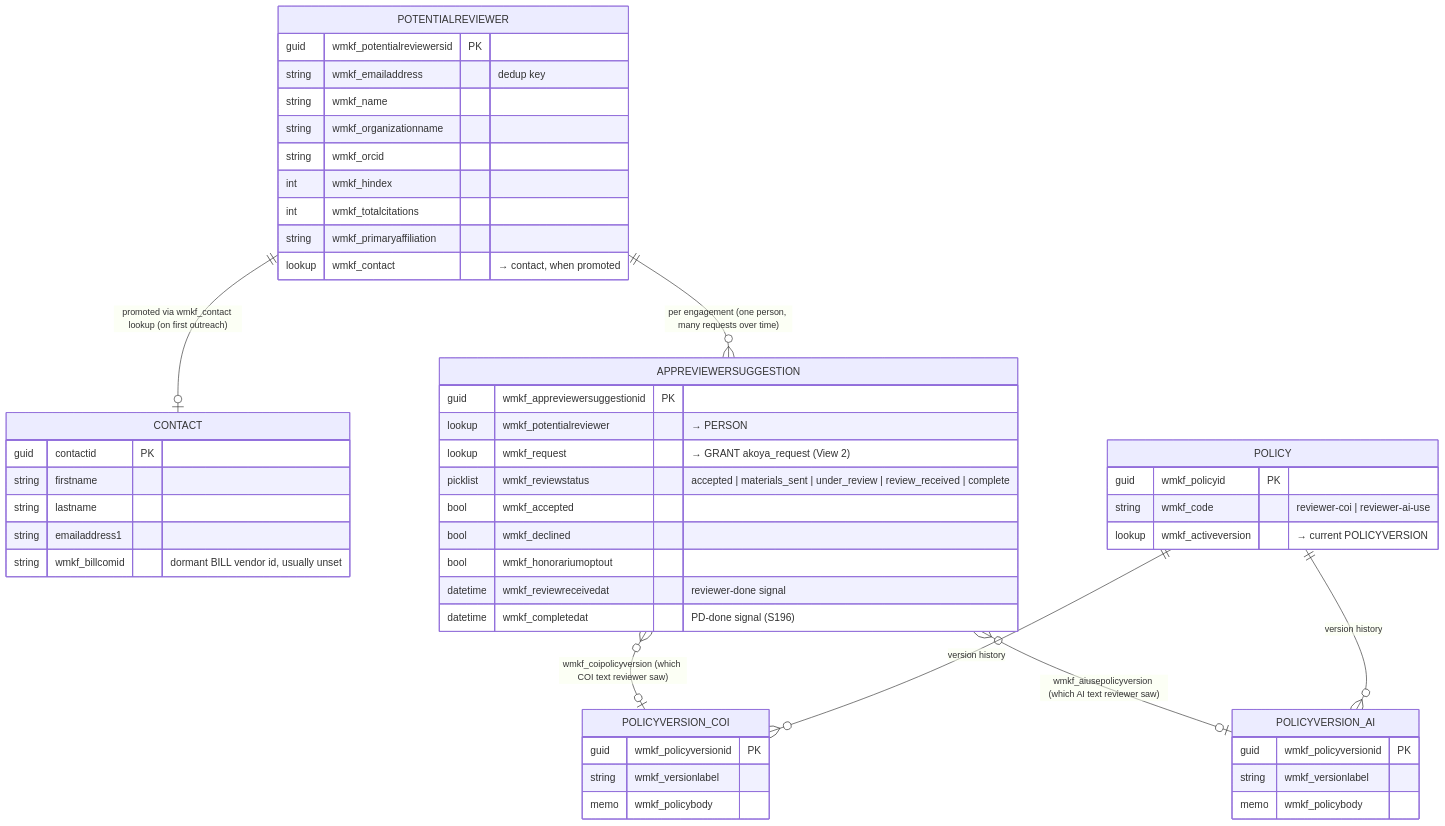
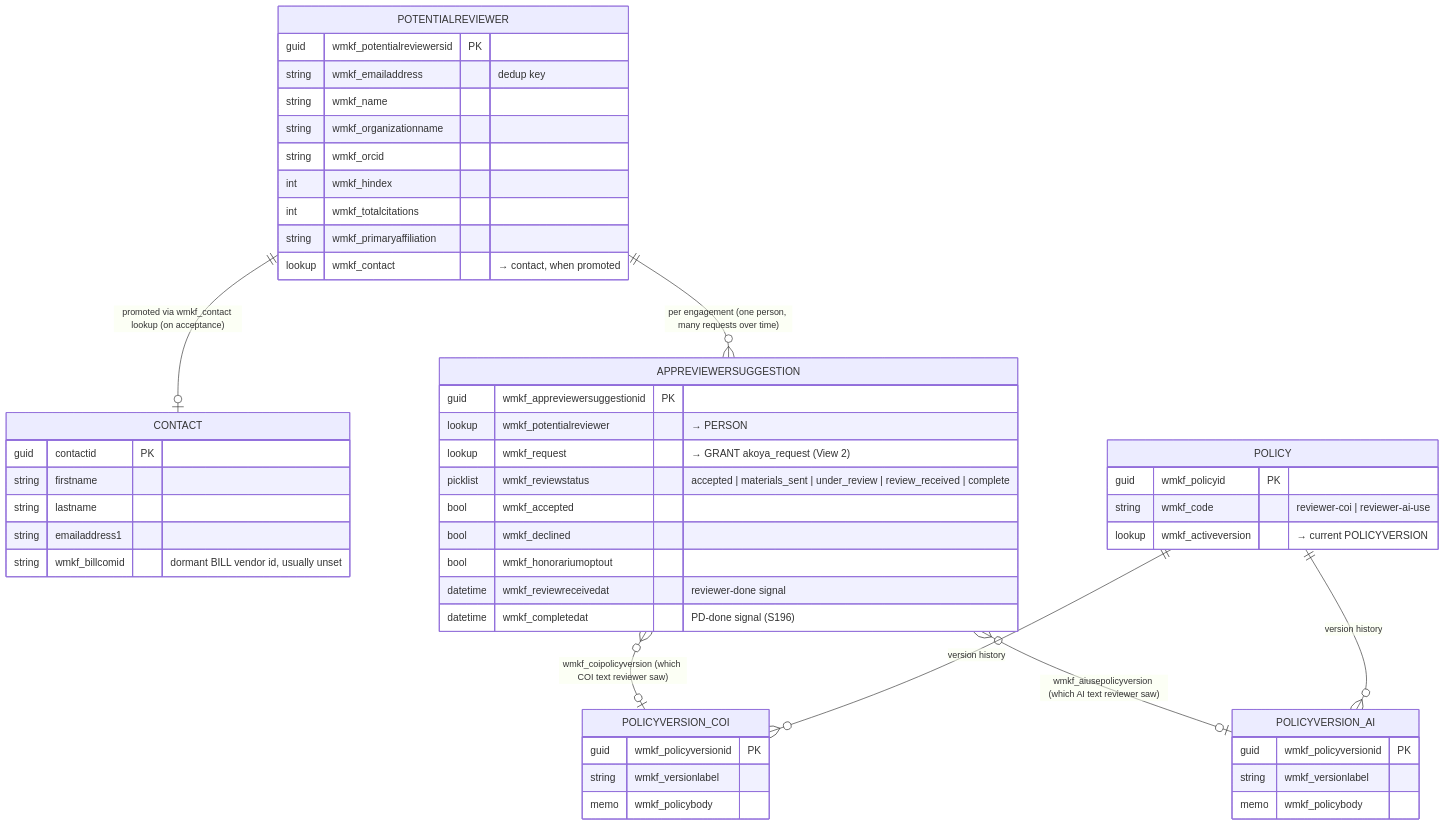
Before and after one commit to justingallivan/wmkf-research-apps: the first of 3 diagrams in docs/REVIEWER_DATA_MODEL.md, drawn with Mermaid. The commit also changed other lines of this file and 35 other files, not shown here.

Commit message:
Move reviewer contact promotion to safe acceptance boundary

````diff
--- a/docs/REVIEWER_DATA_MODEL.md
+++ b/docs/REVIEWER_DATA_MODEL.md
@@ -70,55 +77,55 @@
 ```mermaid
 erDiagram
-    POTENTIALREVIEWER ||--o| CONTACT : "promoted via wmkf_contact lookup (on first outreach)"
+    POTENTIALREVIEWER ||--o| CONTACT : "promoted via wmkf_contact lookup (on acceptance)"
     POTENTIALREVIEWER ||--o{ APPREVIEWERSUGGESTION : "per engagement (one person, many requests over time)"
 
     APPREVIEWERSUGGESTION }o--o| POLICYVERSION_COI : "wmkf_coipolicyversion (which COI text reviewer saw)"
     APPREVIEWERSUGGESTION }o--o| POLICYVERSION_AI  : "wmkf_aiusepolicyversion (which AI text reviewer saw)"
     POLICY ||--o{ POLICYVERSION_COI : "version history"
     POLICY ||--o{ POLICYVERSION_AI  : "version history"
 
     POTENTIALREVIEWER {
         guid wmkf_potentialreviewersid PK
         string wmkf_emailaddress "dedup key"
         string wmkf_name
         string wmkf_organizationname
         string wmkf_orcid
         int    wmkf_hindex
         int    wmkf_totalcitations
         string wmkf_primaryaffiliation
         lookup wmkf_contact "→ contact, when promoted"
     }
     CONTACT {
         guid contactid PK
         string firstname
         string lastname
         string emailaddress1
         string wmkf_billcomid "dormant BILL vendor id, usually unset"
     }
     APPREVIEWERSUGGESTION {
         guid wmkf_appreviewersuggestionid PK
         lookup wmkf_potentialreviewer "→ PERSON"
         lookup wmkf_request "→ GRANT akoya_request (View 2)"
         picklist wmkf_reviewstatus "accepted | materials_sent | under_review | review_received | complete"
         bool wmkf_accepted
         bool wmkf_declined
         bool wmkf_honorariumoptout
         datetime wmkf_reviewreceivedat "reviewer-done signal"
         datetime wmkf_completedat "PD-done signal (S196)"
     }
     POLICY {
         guid wmkf_policyid PK
         string wmkf_code "reviewer-coi | reviewer-ai-use"
         lookup wmkf_activeversion "→ current POLICYVERSION"
     }
     POLICYVERSION_COI {
         guid wmkf_policyversionid PK
         string wmkf_versionlabel
         memo wmkf_policybody
     }
     POLICYVERSION_AI {
         guid wmkf_policyversionid PK
         string wmkf_versionlabel
         memo wmkf_policybody
     }
 ```
````
